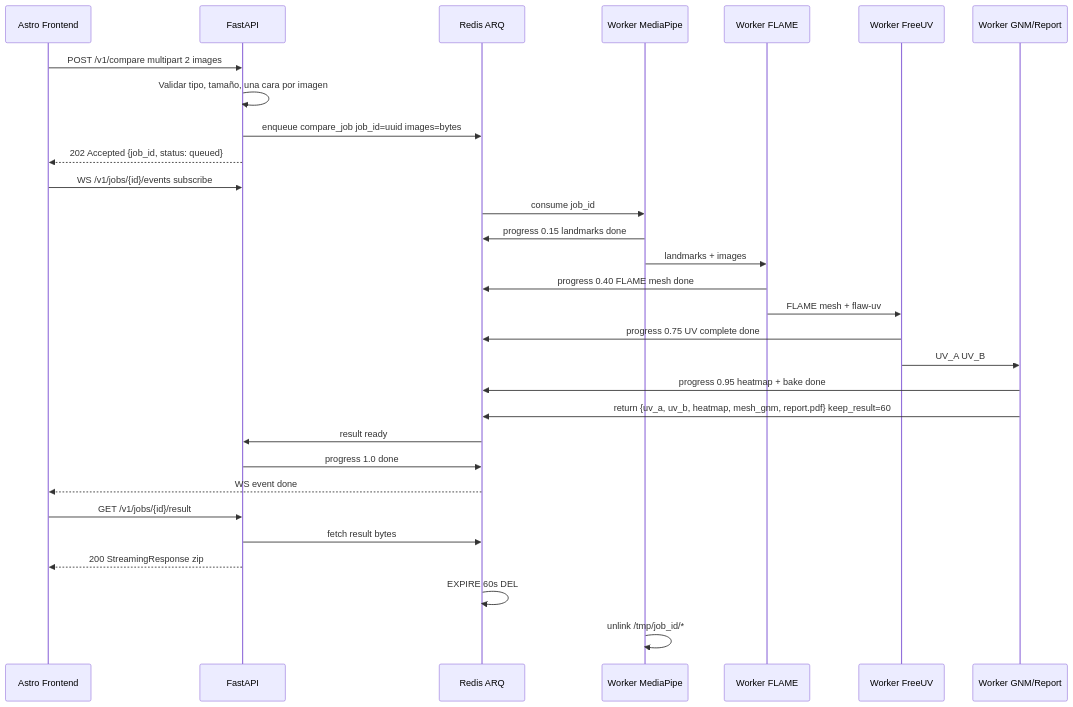
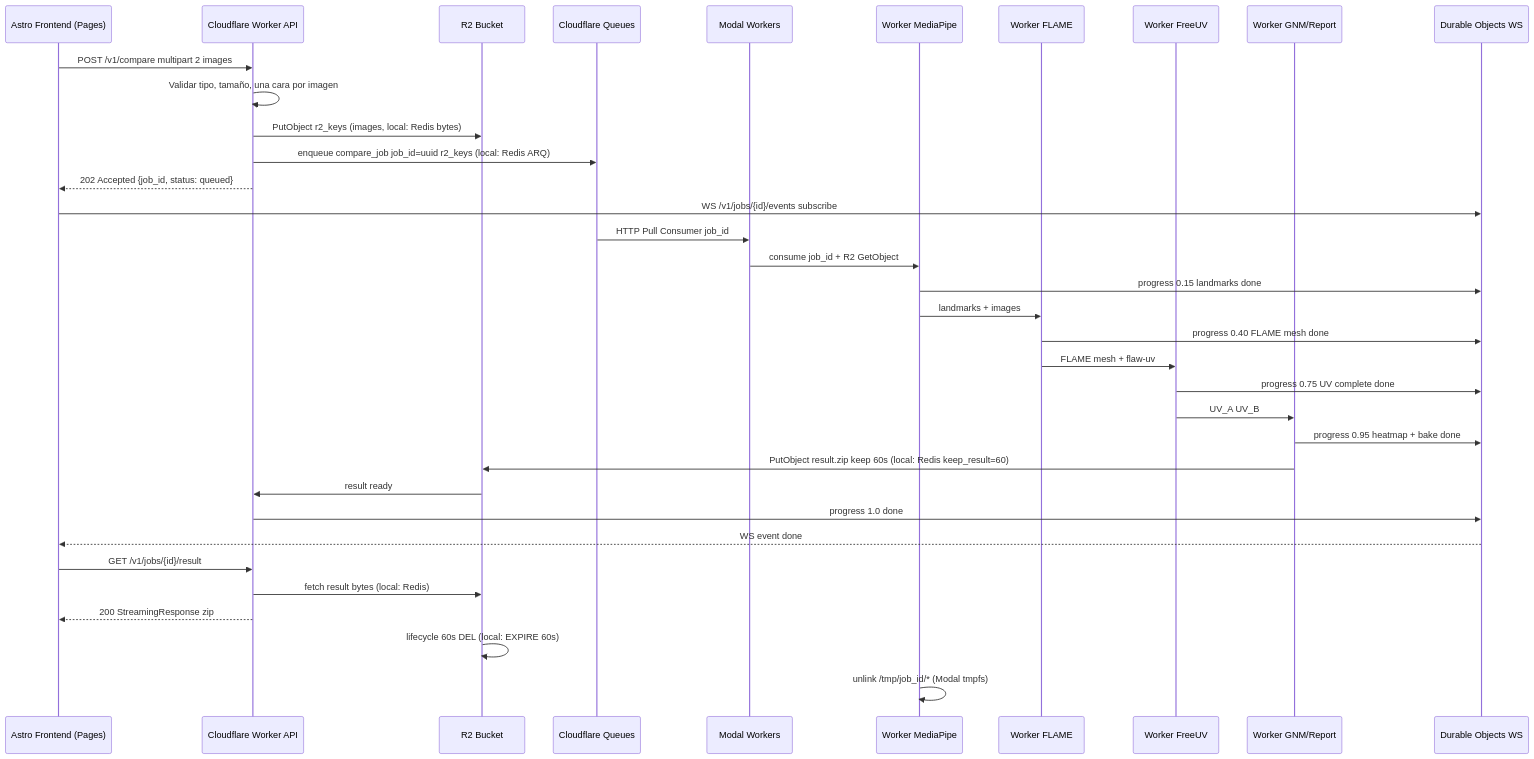
Before and after one commit to dinoesau/vultus: the fourth of 4 diagrams in PIPELINE.md, drawn with Mermaid. The commit also changed other lines of this file and 7 other files, not shown here.

First line of the commit message:
feat(infra): adopt Cloudflare + Modal hybrid infrastructure

````diff
--- a/PIPELINE.md
+++ b/PIPELINE.md
@@ -101,33 +104,38 @@
 ```mermaid
 sequenceDiagram
-    participant FE as Astro Frontend
-    participant API as FastAPI
-    participant Q as Redis ARQ
+    participant FE as Astro Frontend (Pages)
+    participant CF as Cloudflare Worker API
+    participant R2 as R2 Bucket
+    participant Q as Cloudflare Queues
+    participant MO as Modal Workers
     participant W1 as Worker MediaPipe
     participant W2 as Worker FLAME
     participant W3 as Worker FreeUV
     participant W4 as Worker GNM/Report
+    participant DO as Durable Objects WS
 
-    FE->>API: POST /v1/compare multipart 2 images
-    API->>API: Validar tipo, tamaño, una cara por imagen
-    API->>Q: enqueue compare_job job_id=uuid images=bytes
-    API-->>FE: 202 Accepted {job_id, status: queued}
-    FE->>API: WS /v1/jobs/{id}/events subscribe
-    Q->>W1: consume job_id
-    W1->>Q: progress 0.15 landmarks done
+    FE->>CF: POST /v1/compare multipart 2 images
+    CF->>CF: Validar tipo, tamaño, una cara por imagen
+    CF->>R2: PutObject r2_keys (images, local: Redis bytes)
+    CF->>Q: enqueue compare_job job_id=uuid r2_keys (local: Redis ARQ)
+    CF-->>FE: 202 Accepted {job_id, status: queued}
+    FE->>DO: WS /v1/jobs/{id}/events subscribe
+    Q->>MO: HTTP Pull Consumer job_id
+    MO->>W1: consume job_id + R2 GetObject
+    W1->>DO: progress 0.15 landmarks done
     W1->>W2: landmarks + images
-    W2->>Q: progress 0.40 FLAME mesh done
+    W2->>DO: progress 0.40 FLAME mesh done
     W2->>W3: FLAME mesh + flaw-uv
-    W3->>Q: progress 0.75 UV complete done
+    W3->>DO: progress 0.75 UV complete done
     W3->>W4: UV_A UV_B
-    W4->>Q: progress 0.95 heatmap + bake done
-    W4->>Q: return {uv_a, uv_b, heatmap, mesh_gnm, report.pdf} keep_result=60
-    Q->>API: result ready
-    API->>Q: progress 1.0 done
-    Q-->>FE: WS event done
-    FE->>API: GET /v1/jobs/{id}/result
-    API->>Q: fetch result bytes
-    API-->>FE: 200 StreamingResponse zip
-    Q->>Q: EXPIRE 60s DEL
-    W1->>W1: unlink /tmp/job_id/*
+    W4->>DO: progress 0.95 heatmap + bake done
+    W4->>R2: PutObject result.zip keep 60s (local: Redis keep_result=60)
+    R2->>CF: result ready
+    CF->>DO: progress 1.0 done
+    DO-->>FE: WS event done
+    FE->>CF: GET /v1/jobs/{id}/result
+    CF->>R2: fetch result bytes (local: Redis)
+    CF-->>FE: 200 StreamingResponse zip
+    R2->>R2: lifecycle 60s DEL (local: EXPIRE 60s)
+    W1->>W1: unlink /tmp/job_id/* (Modal tmpfs)
 ```
````
